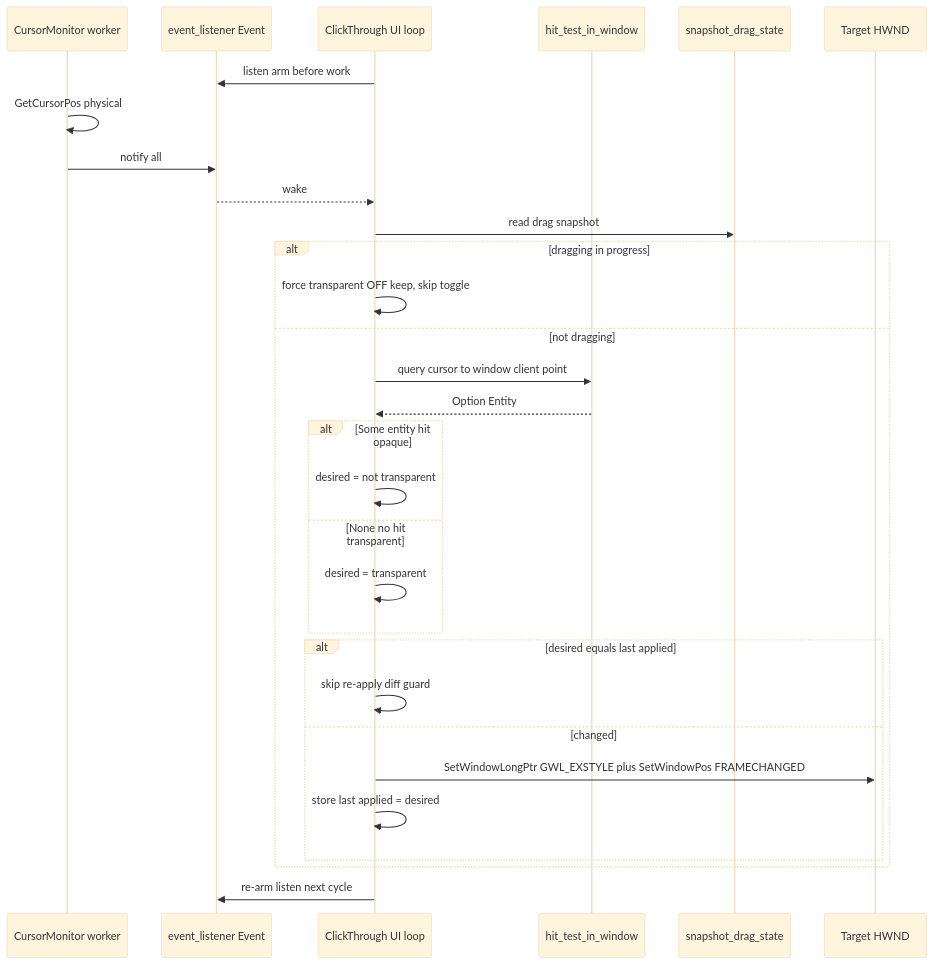
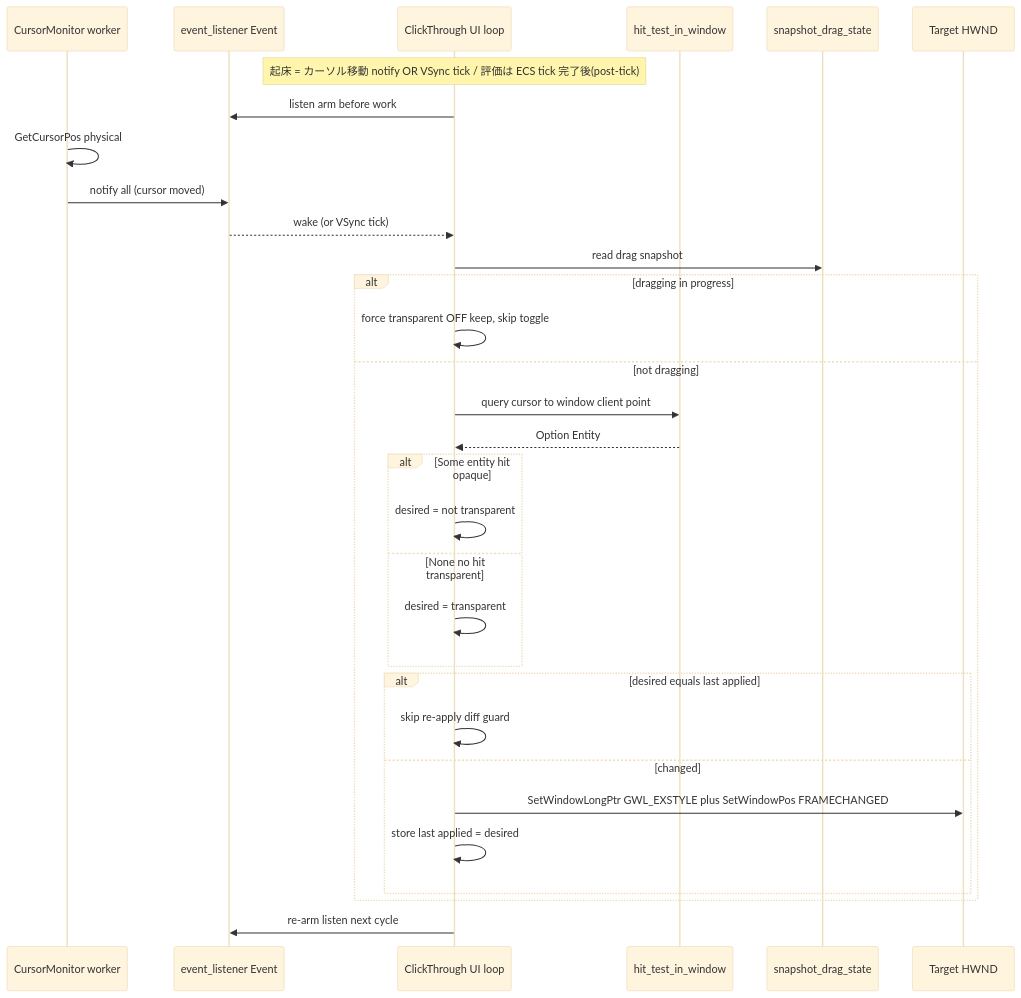
The second of 2 diagrams in .kiro/specs/wintf-clickthrough-alpha-toggle/design.md (ekicyou/areka), drawn with Mermaid (base theme) before and after one commit. The commit also changed other lines of this file, not shown here.

Commit message:
docs(wintf-clickthrough-alpha-toggle): resolve design discussion #1 - VSync tick re-eval, post-tick evaluation ordering

````diff
--- a/.kiro/specs/wintf-clickthrough-alpha-toggle/design.md
+++ b/.kiro/specs/wintf-clickthrough-alpha-toggle/design.md
@@ -166,33 +172,34 @@
 ```mermaid
 sequenceDiagram
     participant W as CursorMonitor worker
     participant E as event_listener Event
     participant L as ClickThrough UI loop
     participant H as hit_test_in_window
     participant D as snapshot_drag_state
     participant S as Target HWND
 
+    Note over L: 起床 = カーソル移動 notify OR VSync tick / 評価は ECS tick 完了後(post-tick)
     L->>E: listen arm before work
     W->>W: GetCursorPos physical
-    W->>E: notify all
-    E-->>L: wake
+    W->>E: notify all (cursor moved)
+    E-->>L: wake (or VSync tick)
     L->>D: read drag snapshot
     alt dragging in progress
         L->>L: force transparent OFF keep, skip toggle
     else not dragging
         L->>H: query cursor to window client point
         H-->>L: Option Entity
         alt Some entity hit opaque
             L->>L: desired = not transparent
         else None no hit transparent
             L->>L: desired = transparent
         end
         alt desired equals last applied
             L->>L: skip re-apply diff guard
         else changed
             L->>S: SetWindowLongPtr GWL_EXSTYLE plus SetWindowPos FRAMECHANGED
             L->>L: store last applied = desired
         end
     end
     L->>E: re-arm listen next cycle
 ```
````
